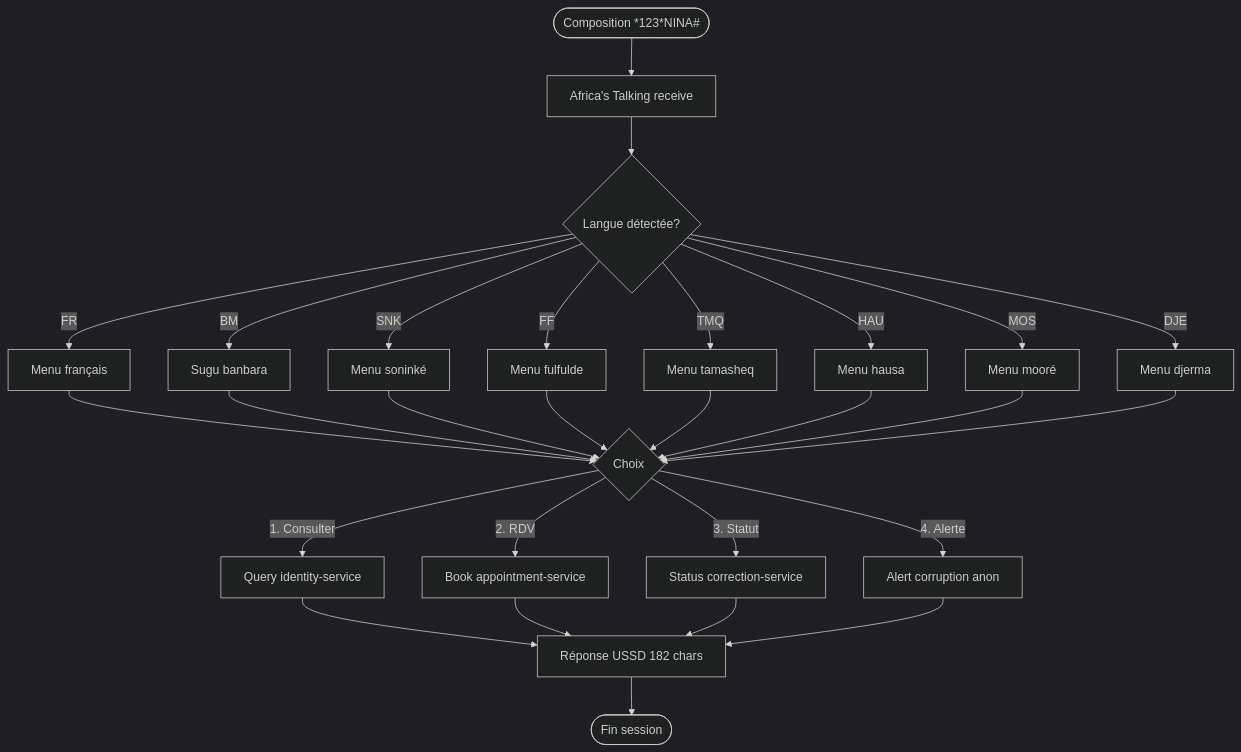
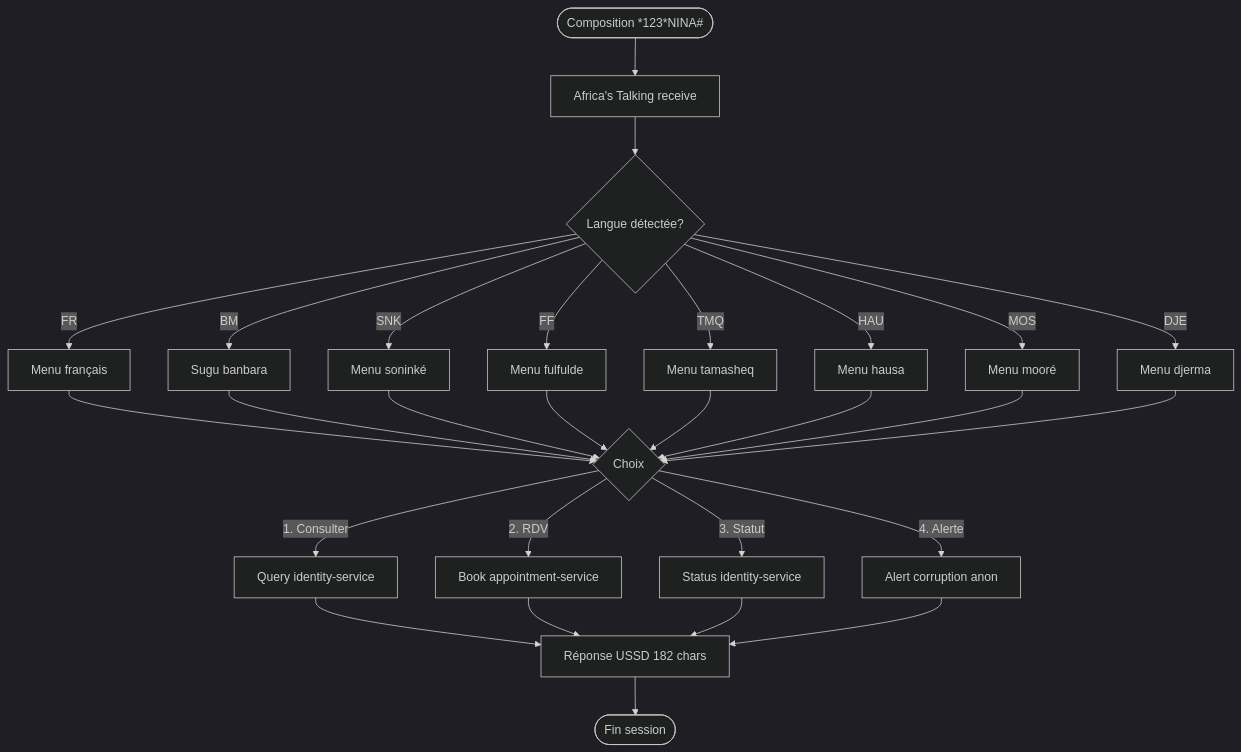
Diagram 18 of 40 in docs/diagrams/99-DIAGRAMMES-MERMAID.md (TheManInPink/Session-Ete-2026), drawn with Mermaid (dark theme) before and after one commit. The commit also changed other lines of this file and 1 other file, not shown here.

First line of the commit message:
docs: éliminer les services fictifs résiduels des diagrammes (catalogue 99)

````diff
--- a/docs/diagrams/99-DIAGRAMMES-MERMAID.md
+++ b/docs/diagrams/99-DIAGRAMMES-MERMAID.md
@@ -1032,30 +1032,30 @@
 ```mermaid
 flowchart TD
     Start([Composition *123*NINA#]) --> AT[Africa's Talking receive]
     AT --> Lang{Langue détectée?}
     Lang -- FR --> MenuFR[Menu français]
     Lang -- BM --> MenuBM[Sugu banbara]
     Lang -- SNK --> MenuSNK[Menu soninké]
     Lang -- FF --> MenuFF[Menu fulfulde]
     Lang -- TMQ --> MenuTMQ[Menu tamasheq]
     Lang -- HAU --> MenuHAU[Menu hausa]
     Lang -- MOS --> MenuMOS[Menu mooré]
     Lang -- DJE --> MenuDJE[Menu djerma]
     MenuFR --> Choice{Choix}
     MenuBM --> Choice
     MenuSNK --> Choice
     MenuFF --> Choice
     MenuTMQ --> Choice
     MenuHAU --> Choice
     MenuMOS --> Choice
     MenuDJE --> Choice
     Choice -- "1. Consulter" --> Query[Query identity-service]
     Choice -- "2. RDV" --> Book[Book appointment-service]
-    Choice -- "3. Statut" --> Status[Status correction-service]
+    Choice -- "3. Statut" --> Status[Status identity-service]
     Choice -- "4. Alerte" --> Alert[Alert corruption anon]
     Query --> Resp[Réponse USSD 182 chars]
     Book --> Resp
     Status --> Resp
     Alert --> Resp
     Resp --> End([Fin session])
 ```
````
